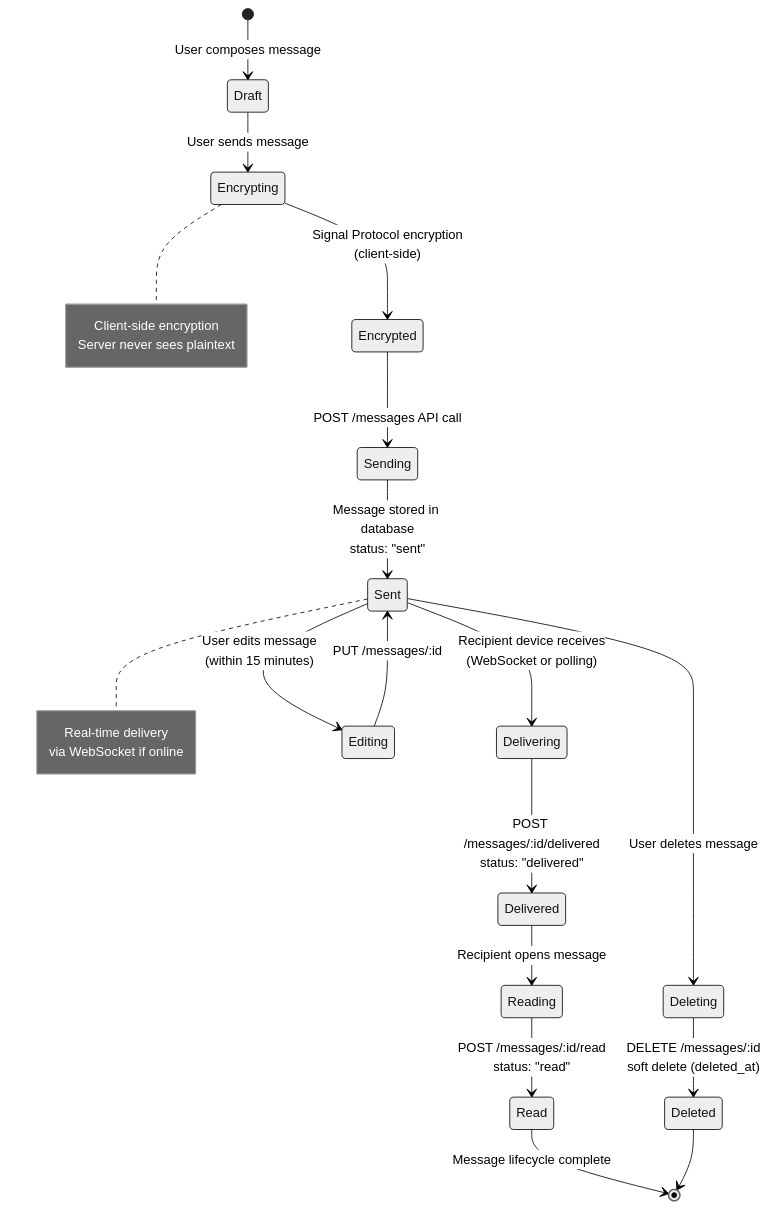
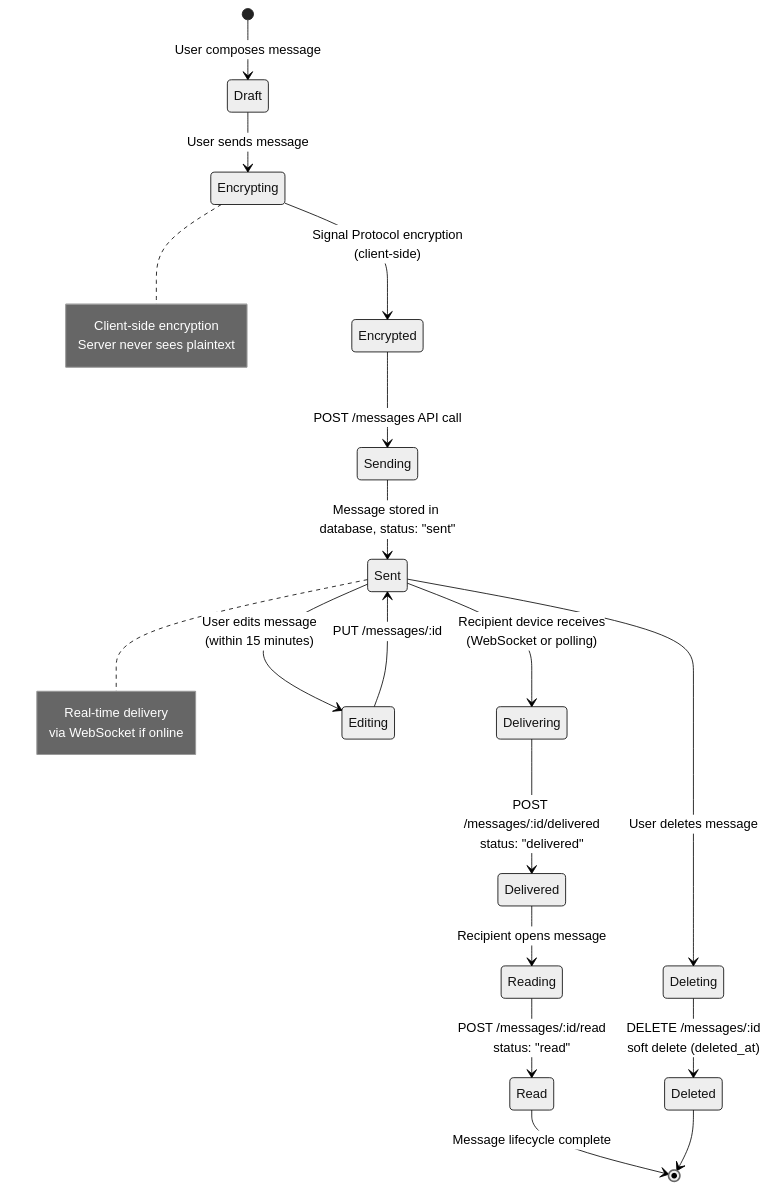
Before and after one commit to YaduEnc/PlasticWorld: diagram 12 of 15 in README.md, drawn with Mermaid (neutral theme). The commit also changed other lines of this file, not shown here.

First line of the commit message:
Fix Mermaid diagram parsing errors and add author email

````diff
--- a/README.md
+++ b/README.md
@@ -797,39 +797,39 @@
 ```mermaid
 stateDiagram-v2
     [*] --> Draft: User composes message
     
     Draft --> Encrypting: User sends message
     
     Encrypting --> Encrypted: Signal Protocol encryption<br/>(client-side)
     
     Encrypted --> Sending: POST /messages API call
     
-    Sending --> Sent: Message stored in database<br/>status: "sent"
+    Sending --> Sent: Message stored in database, status: "sent"
     
     Sent --> Delivering: Recipient device receives<br/>(WebSocket or polling)
     
     Delivering --> Delivered: POST /messages/:id/delivered<br/>status: "delivered"
     
     Delivered --> Reading: Recipient opens message
     
     Reading --> Read: POST /messages/:id/read<br/>status: "read"
     
     Read --> [*]: Message lifecycle complete
     
     Sent --> Editing: User edits message<br/>(within 15 minutes)
     Editing --> Sent: PUT /messages/:id
     
     Sent --> Deleting: User deletes message
     Deleting --> Deleted: DELETE /messages/:id<br/>soft delete (deleted_at)
     Deleted --> [*]
     
     note right of Encrypting
         Client-side encryption
         Server never sees plaintext
     end note
     
     note right of Sent
         Real-time delivery
         via WebSocket if online
     end note
 ```
````
